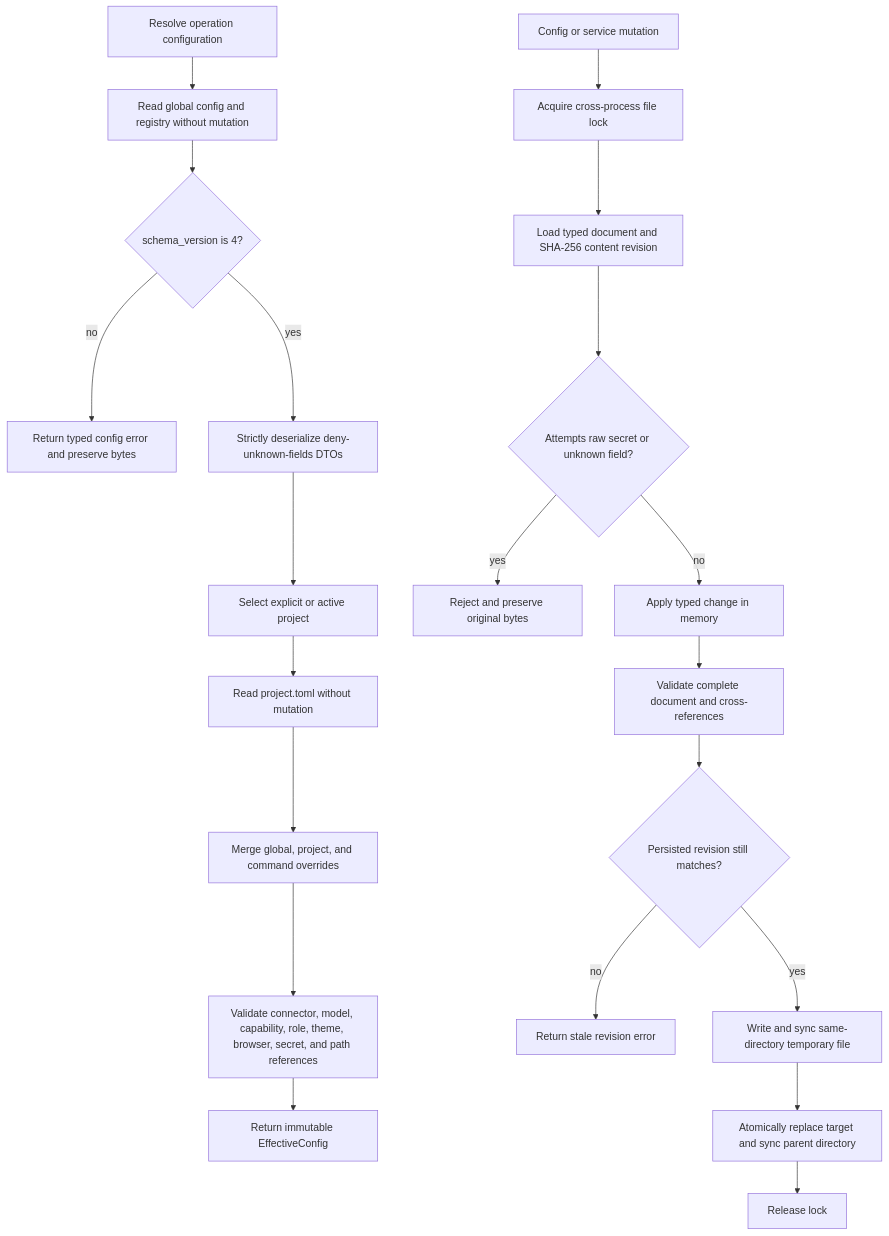
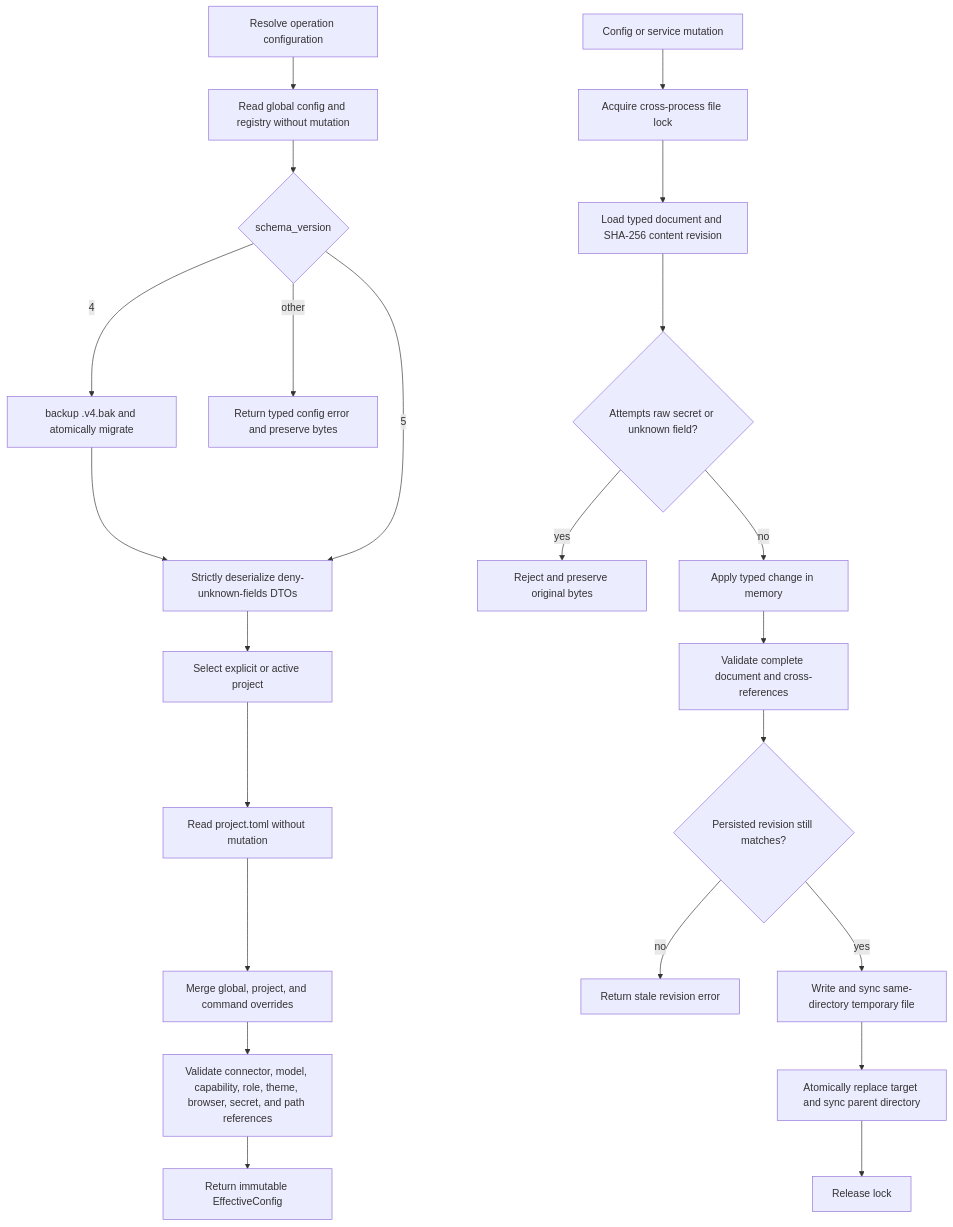
One commit to getsfumato/cli changed the diagram in docs/architecture/config-lifecycle.mmd. Above: the diagram before and after it, drawn with Mermaid. The commit also changed 95 other files, not shown here.

```diff
--- a/docs/architecture/config-lifecycle.mmd
+++ b/docs/architecture/config-lifecycle.mmd
@@ -1,23 +1,25 @@
-%% Schema-v4 read, resolution, and optimistic mutation lifecycle.
+%% Schema-v5 read, v4 migration, resolution, and optimistic mutation lifecycle.
 flowchart TD
     START["Resolve operation configuration"] --> READ_GLOBAL["Read global config and registry without mutation"]
-    READ_GLOBAL --> VERSION{"schema_version is 4?"}
-    VERSION -- no --> READ_ERROR["Return typed config error and preserve bytes"]
-    VERSION -- yes --> DTO["Strictly deserialize deny-unknown-fields DTOs"]
+    READ_GLOBAL --> VERSION{"schema_version"}
+    VERSION -->|4| MIGRATE["backup .v4.bak and atomically migrate"]
+    MIGRATE --> DTO
+    VERSION -->|other| READ_ERROR["Return typed config error and preserve bytes"]
+    VERSION -->|5| DTO["Strictly deserialize deny-unknown-fields DTOs"]
     DTO --> SELECT["Select explicit or active project"]
     SELECT --> READ_PROJECT["Read project.toml without mutation"]
     READ_PROJECT --> MERGE["Merge global, project, and command overrides"]
     MERGE --> VALIDATE["Validate connector, model, capability, role, theme, browser, secret, and path references"]
     VALIDATE --> EFFECTIVE["Return immutable EffectiveConfig"]
 
     MUTATION["Config or service mutation"] --> LOCK["Acquire cross-process file lock"]
     LOCK --> SNAPSHOT["Load typed document and SHA-256 content revision"]
     SNAPSHOT --> SECRET{"Attempts raw secret or unknown field?"}
     SECRET -- yes --> WRITE_ERROR["Reject and preserve original bytes"]
     SECRET -- no --> APPLY["Apply typed change in memory"]
     APPLY --> REVALIDATE["Validate complete document and cross-references"]
     REVALIDATE --> COMPARE{"Persisted revision still matches?"}
     COMPARE -- no --> STALE["Return stale revision error"]
     COMPARE -- yes --> TEMP["Write and sync same-directory temporary file"]
     TEMP --> RENAME["Atomically replace target and sync parent directory"]
     RENAME --> UNLOCK["Release lock"]
```
